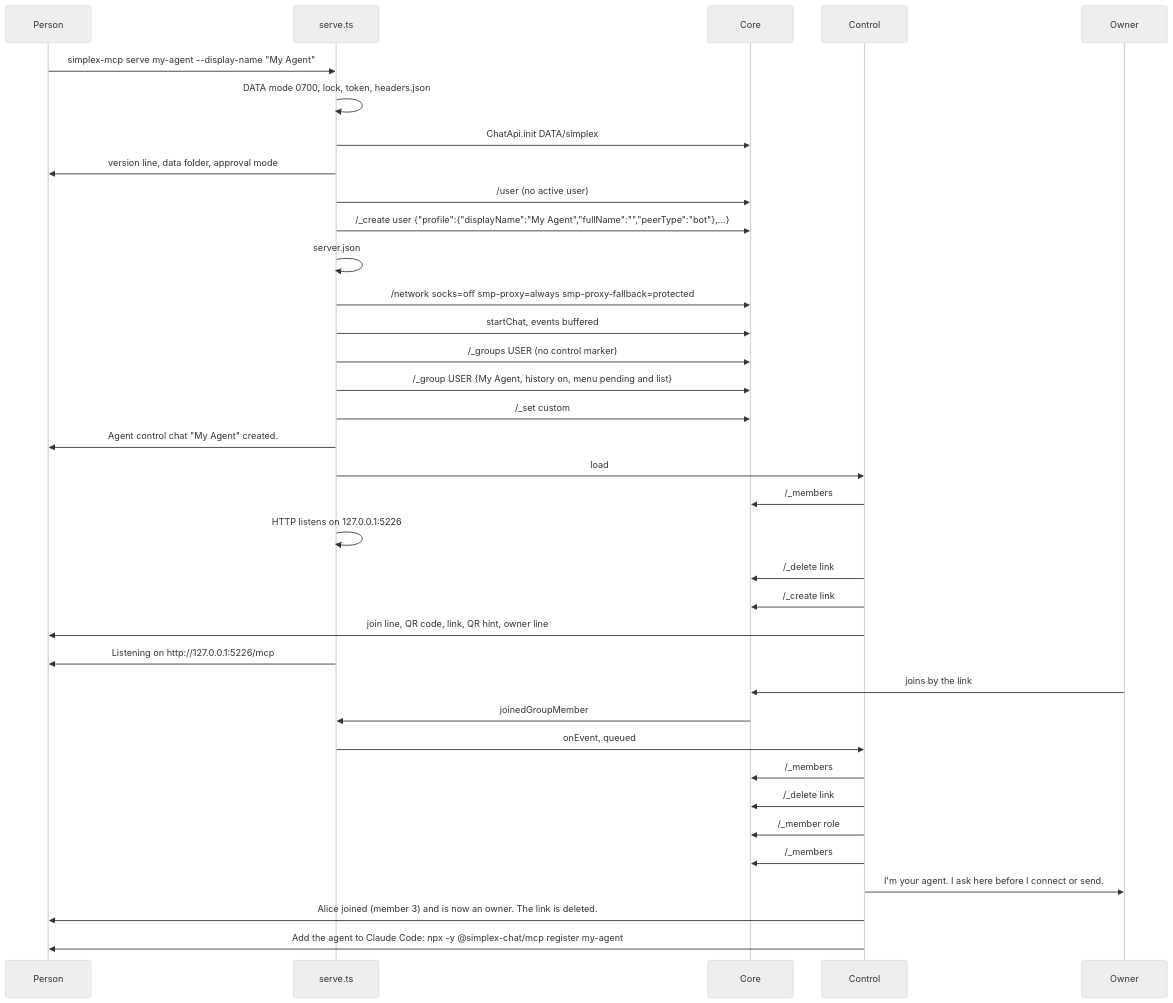
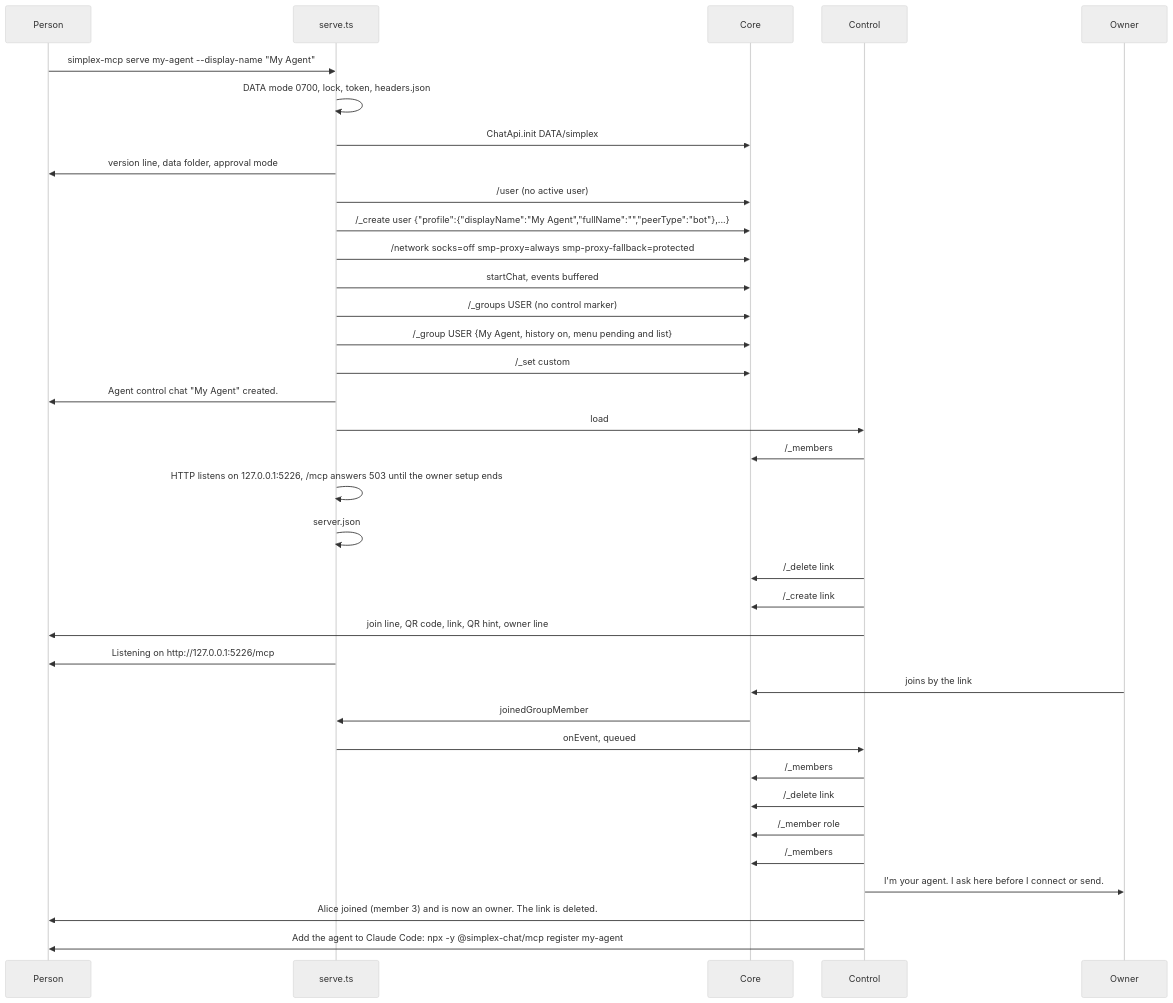
The first of 12 diagrams in packages/simplex-chat-mcp/spec/flows.md (simplex-chat/simplex-chat), drawn with Mermaid (neutral theme) before and after one commit. The commit also changed other lines of this file and 27 other files, not shown here.

Commit message:
mcp server: fixes

````diff
--- a/packages/simplex-chat-mcp/spec/flows.md
+++ b/packages/simplex-chat-mcp/spec/flows.md
@@ -44,38 +44,38 @@
 ```mermaid
 sequenceDiagram
   participant P as Person
   participant S as serve.ts
   participant C as Core
   participant K as Control
   participant O as Owner
   P->>S: simplex-mcp serve my-agent --display-name "My Agent"
   S->>S: DATA mode 0700, lock, token, headers.json
   S->>C: ChatApi.init DATA/simplex
   S->>P: version line, data folder, approval mode
   S->>C: /user (no active user)
   S->>C: /_create user {"profile":{"displayName":"My Agent","fullName":"","peerType":"bot"},...}
-  S->>S: server.json
   S->>C: /network socks=off smp-proxy=always smp-proxy-fallback=protected
   S->>C: startChat, events buffered
   S->>C: /_groups USER (no control marker)
   S->>C: /_group USER {My Agent, history on, menu pending and list}
   S->>C: /_set custom #G {"simplexMcp":{"control":true,"nextAction":1}}
   S->>P: Agent control chat "My Agent" created.
   S->>K: load
   K->>C: /_members #G
-  S->>S: HTTP listens on 127.0.0.1:5226
+  S->>S: HTTP listens on 127.0.0.1:5226, /mcp answers 503 until the owner setup ends
+  S->>S: server.json
   K->>C: /_delete link #G (groupLinkNotFound ignored)
   K->>C: /_create link #G member
   K->>P: join line, QR code, link, QR hint, owner line
   S->>P: Listening on http://127.0.0.1:5226/mcp
   O->>C: joins by the link
   C->>S: joinedGroupMember
   S->>K: onEvent, queued
   K->>C: /_members #G
   K->>C: /_delete link #G
   K->>C: /_member role #G 3 owner
   K->>C: /_members #G
   K->>O: I'm your agent. I ask here before I connect or send.
   K->>P: Alice joined (member 3) and is now an owner. The link is deleted.
   K->>P: Add the agent to Claude Code: npx -y @simplex-chat/mcp register my-agent
 ```
````
